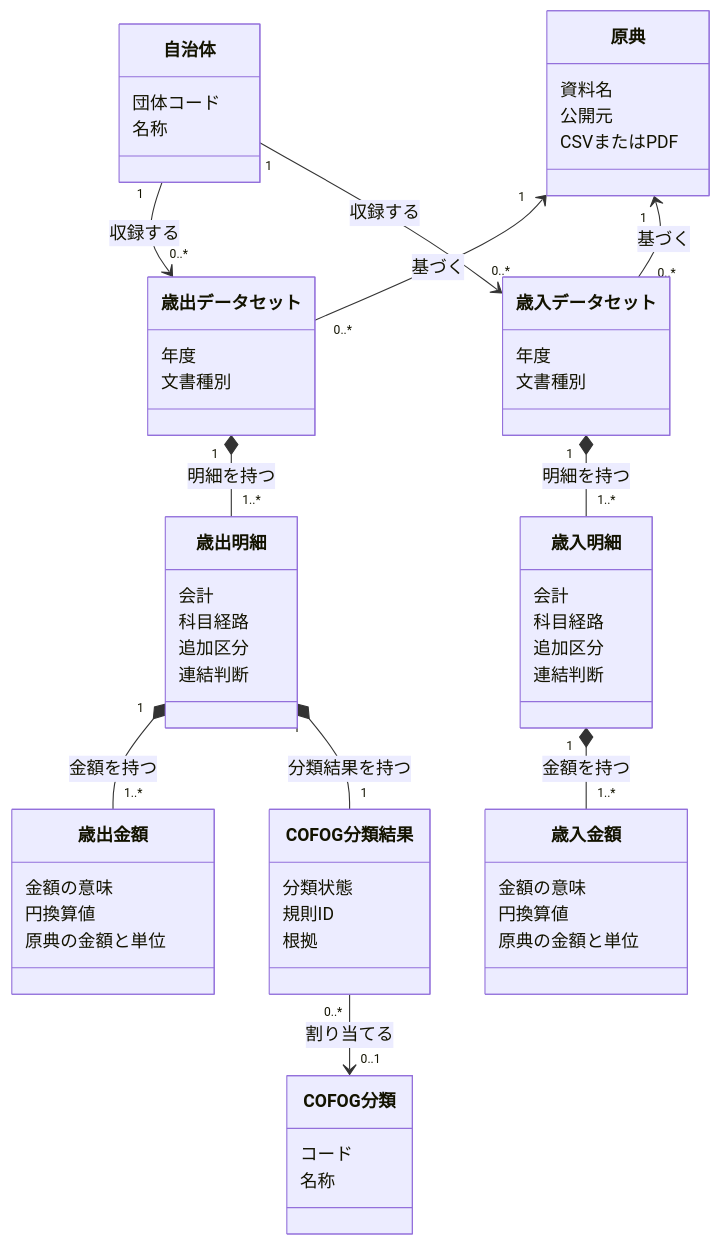
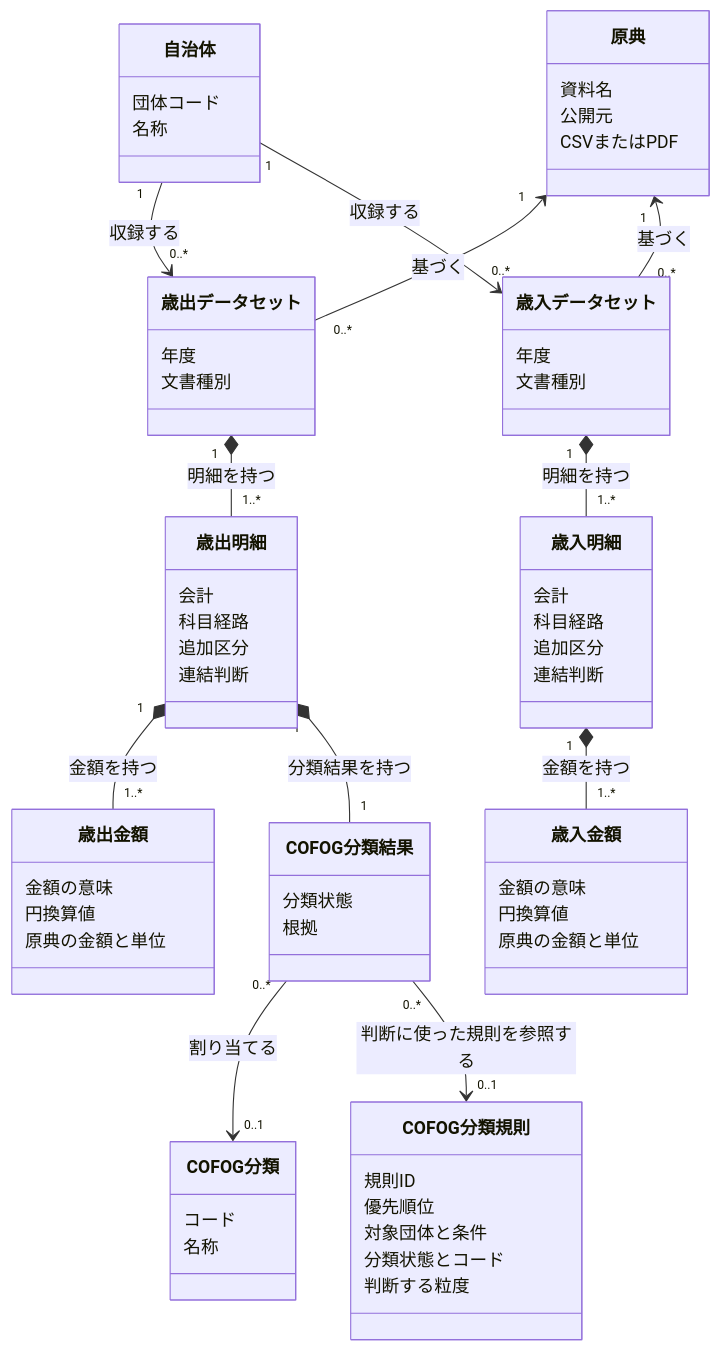
Before and after one commit to wwwyo/fudoki: the diagram in docs/fiscal-domain-model.md, drawn with Mermaid. The commit also changed other lines of this file and 1 other file, not shown here.

Commit message:
Keep classification rule instances consistent with their class model

````diff
--- a/docs/fiscal-domain-model.md
+++ b/docs/fiscal-domain-model.md
@@ -9,62 +9,69 @@
 ```mermaid
 classDiagram
     direction TB
     class Jurisdiction["自治体"] {
         団体コード
         名称
     }
     class Origin["原典"] {
         資料名
         公開元
         CSVまたはPDF
     }
     class ExpenditureDataset["歳出データセット"] {
         年度
         文書種別
     }
     class RevenueDataset["歳入データセット"] {
         年度
         文書種別
     }
     class ExpenditureLine["歳出明細"] {
         会計
         科目経路
         追加区分
         連結判断
     }
     class RevenueLine["歳入明細"] {
         会計
         科目経路
         追加区分
         連結判断
     }
     class ExpenditureAmount["歳出金額"] {
         金額の意味
         円換算値
         原典の金額と単位
     }
     class RevenueAmount["歳入金額"] {
         金額の意味
         円換算値
         原典の金額と単位
     }
     class CofogClassification["COFOG分類結果"] {
         分類状態
+        根拠
+    }
+    class CofogRule["COFOG分類規則"] {
         規則ID
-        根拠
+        優先順位
+        対象団体と条件
+        分類状態とコード
+        判断する粒度
     }
     class CofogCode["COFOG分類"] {
         コード
         名称
     }
     Jurisdiction "1" --> "0..*" ExpenditureDataset : 収録する
     Jurisdiction "1" --> "0..*" RevenueDataset : 収録する
     Origin "1" <-- "0..*" ExpenditureDataset : 基づく
     Origin "1" <-- "0..*" RevenueDataset : 基づく
     ExpenditureDataset "1" *-- "1..*" ExpenditureLine : 明細を持つ
     RevenueDataset "1" *-- "1..*" RevenueLine : 明細を持つ
     ExpenditureLine "1" *-- "1..*" ExpenditureAmount : 金額を持つ
     RevenueLine "1" *-- "1..*" RevenueAmount : 金額を持つ
     ExpenditureLine "1" *-- "1" CofogClassification : 分類結果を持つ
     CofogClassification "0..*" --> "0..1" CofogCode : 割り当てる
+    CofogClassification "0..*" --> "0..1" CofogRule : 判断に使った規則を参照する
 ```
````
